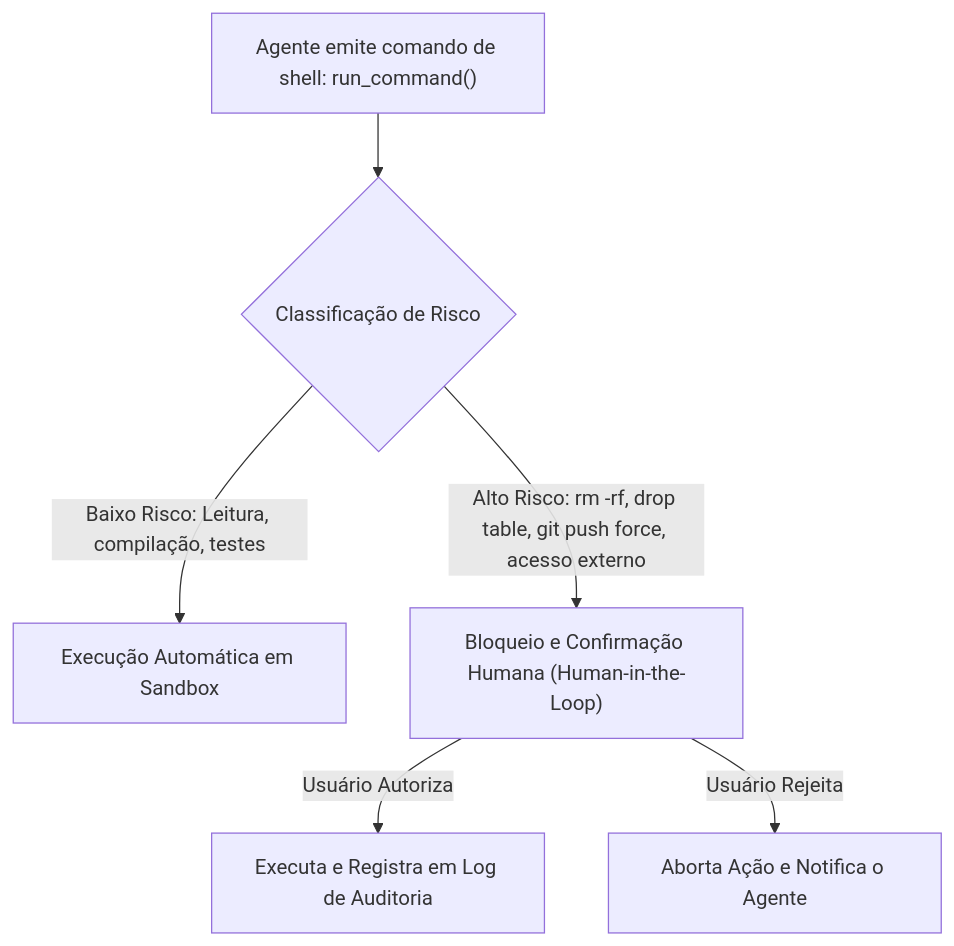
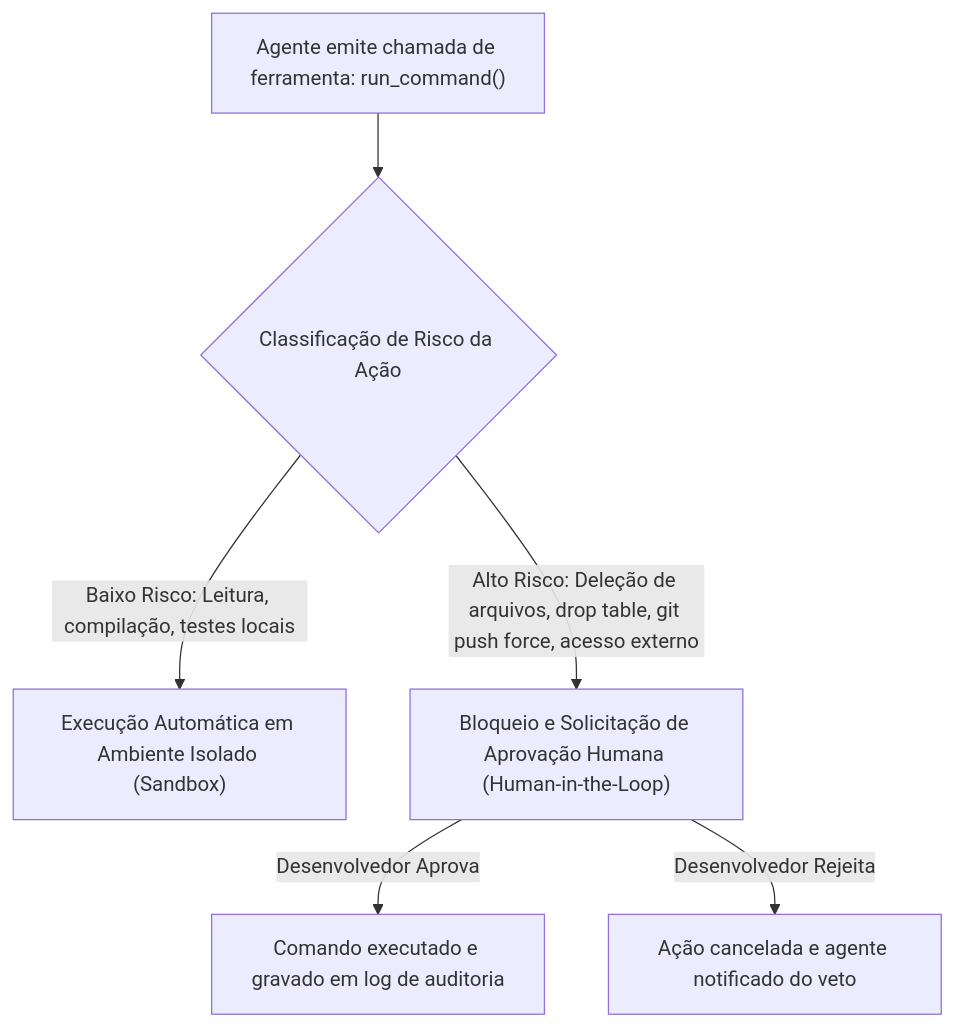
One commit to thiagosantos346/TCE-GO-2027 changed the sixth of 6 diagrams in fontes_de_estudo/conhecimentos_especificos_b02_ti/06_engenharia_software_ia_e_sistemas_agentivos/02_arquitetura_de_sistemas_agentivos_e_ferramentas_cli_ide.md. Above: the diagram before and after it, drawn with Mermaid. The commit also changed other lines of this file and 119 other files, not shown here.

````diff
--- a/fontes_de_estudo/conhecimentos_especificos_b02_ti/06_engenharia_software_ia_e_sistemas_agentivos/02_arquitetura_de_sistemas_agentivos_e_ferramentas_cli_ide.md
+++ b/fontes_de_estudo/conhecimentos_especificos_b02_ti/06_engenharia_software_ia_e_sistemas_agentivos/02_arquitetura_de_sistemas_agentivos_e_ferramentas_cli_ide.md
@@ -187,8 +233,8 @@
 ```mermaid
 flowchart TD
-    CMD["Agente emite comando de shell: run_command()"] --> EVAL{"Classificação de Risco"}
-    EVAL -->|Baixo Risco: Leitura, compilação, testes| AUTO["Execução Automática em Sandbox"]
-    EVAL -->|Alto Risco: rm -rf, drop table, git push force, acesso externo| HITL["Bloqueio e Confirmação Humana (Human-in-the-Loop)"]
-    HITL -->|Usuário Autoriza| RUN["Executa e Registra em Log de Auditoria"]
-    HITL -->|Usuário Rejeita| CANCEL["Aborta Ação e Notifica o Agente"]
+    CMD["Agente emite chamada de ferramenta: run_command()"] --> RISC{"Classificação de Risco da Ação"}
+    RISC -->|Baixo Risco: Leitura, compilação, testes locais| AUTO["Execução Automática em Ambiente Isolado (Sandbox)"]
+    RISC -->|Alto Risco: Deleção de arquivos, drop table, git push force, acesso externo| HITL["Bloqueio e Solicitação de Aprovação Humana (Human-in-the-Loop)"]
+    HITL -->|Desenvolvedor Aprova| RUN["Comando executado e gravado em log de auditoria"]
+    HITL -->|Desenvolvedor Rejeita| ABORT["Ação cancelada e agente notificado do veto"]
 ```
````
